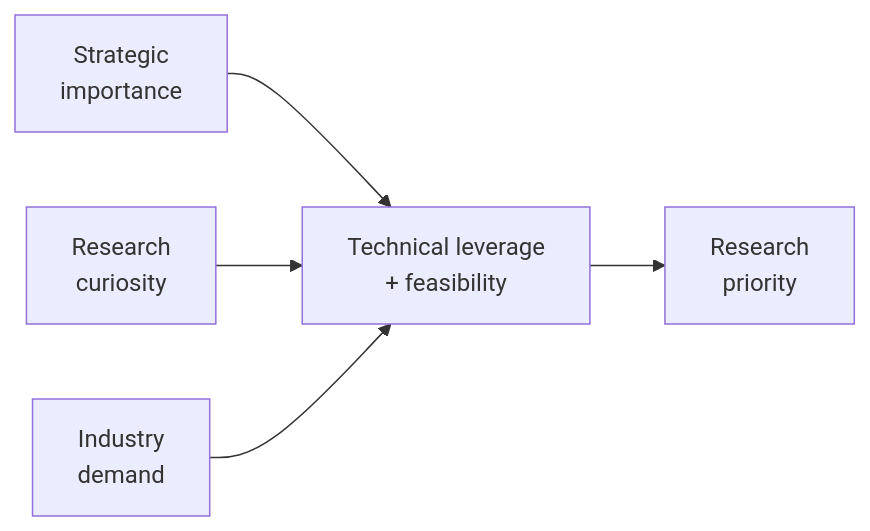
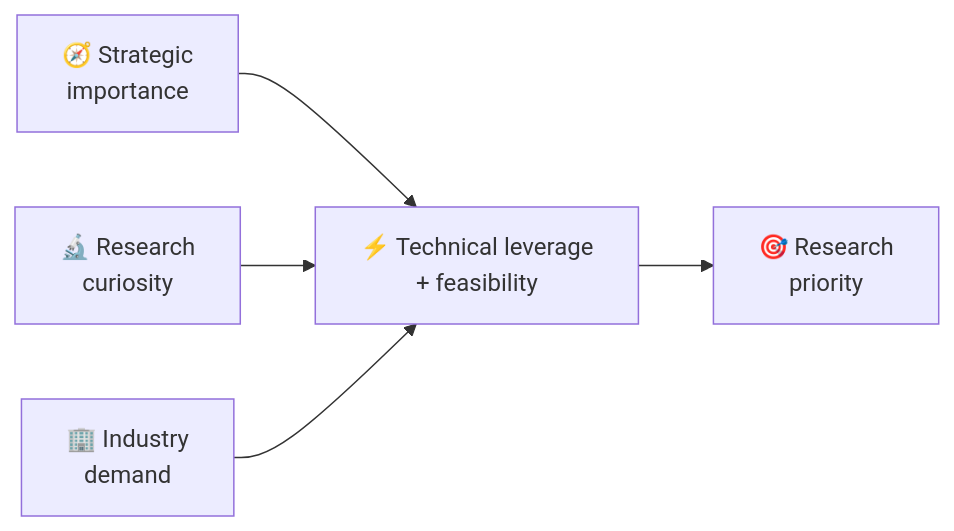
Before and after one commit to Johnny-Kao/CoreFoundry-Project: the fifth of 6 diagrams in README.md, drawn with Mermaid. The commit also changed other lines of this file, not shown here.

````diff
--- a/README.md
+++ b/README.md
@@ -152,14 +172,14 @@
 ```mermaid
 flowchart LR
-    A["Strategic<br/>importance"]
-    B["Research<br/>curiosity"]
-    C["Industry<br/>demand"]
+    A["🧭 Strategic<br/>importance"]
+    B["🔬 Research<br/>curiosity"]
+    C["🏢 Industry<br/>demand"]
 
-    D["Technical leverage<br/>+ feasibility"]
-    E["Research<br/>priority"]
+    D["⚡ Technical leverage<br/>+ feasibility"]
+    E["🎯 Research<br/>priority"]
 
     A --> D
     B --> D
     C --> D
     D --> E
 ```
````
